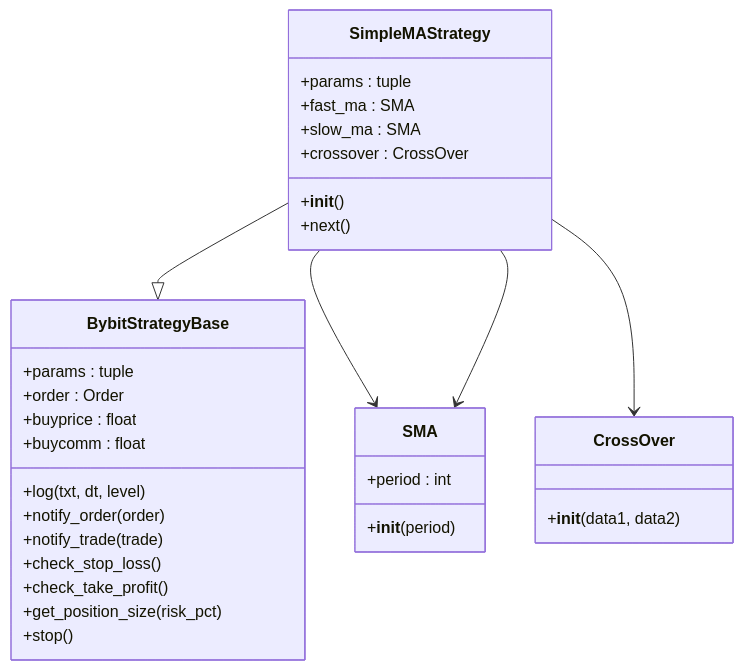
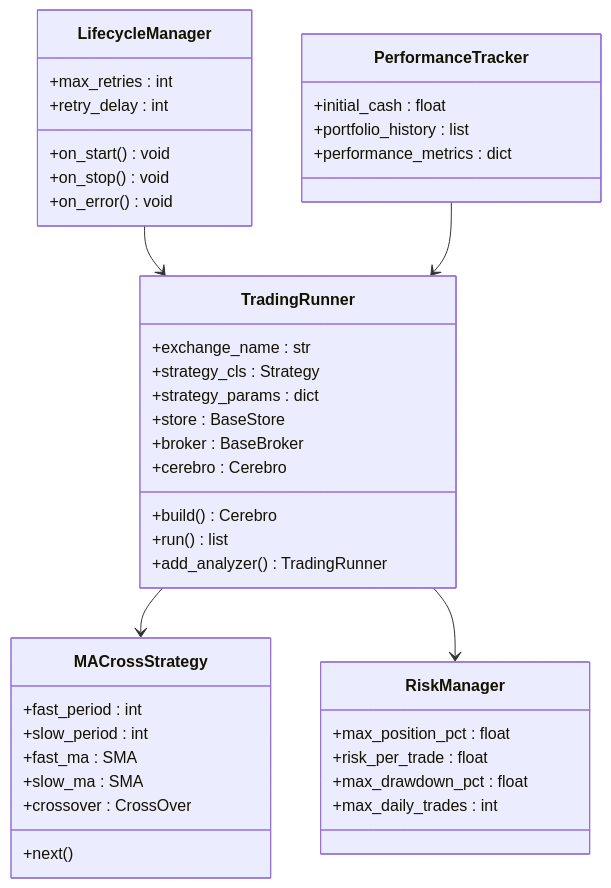
The third of 4 diagrams in .qoder/repowiki/zh/content/实盘交易模块/Bybit交易所集成/Bybit示例与最佳实践.md (bench-prog/backtrader), drawn with Mermaid before and after one commit. The commit also changed other lines of this file and 23 other files, not shown here.

````diff
--- a/.qoder/repowiki/zh/content/实盘交易模块/Bybit交易所集成/Bybit示例与最佳实践.md
+++ b/.qoder/repowiki/zh/content/实盘交易模块/Bybit交易所集成/Bybit示例与最佳实践.md
@@ -190,35 +202,44 @@
 ```mermaid
 classDiagram
-class SimpleMAStrategy {
-+params : tuple
+class TradingRunner {
++exchange_name : str
++strategy_cls : Strategy
++strategy_params : dict
++store : BaseStore
++broker : BaseBroker
++cerebro : Cerebro
++build() Cerebro
++run() list
++add_analyzer() TradingRunner
+}
+class MACrossStrategy {
++fast_period : int
++slow_period : int
 +fast_ma : SMA
 +slow_ma : SMA
 +crossover : CrossOver
-+__init__()
 +next()
 }
-class BybitStrategyBase {
-+params : tuple
-+order : Order
-+buyprice : float
-+buycomm : float
-+log(txt, dt, level)
-+notify_order(order)
-+notify_trade(trade)
-+check_stop_loss()
-+check_take_profit()
-+get_position_size(risk_pct)
-+stop()
+class RiskManager {
++max_position_pct : float
++risk_per_trade : float
++max_drawdown_pct : float
++max_daily_trades : int
 }
-class SMA {
-+period : int
-+__init__(period)
+class PerformanceTracker {
++initial_cash : float
++portfolio_history : list
++performance_metrics : dict
 }
-class CrossOver {
-+__init__(data1, data2)
+class LifecycleManager {
++max_retries : int
++retry_delay : int
++on_start() void
++on_stop() void
++on_error() void
 }
-SimpleMAStrategy --|> BybitStrategyBase
-SimpleMAStrategy --> SMA
-SimpleMAStrategy --> SMA
-SimpleMAStrategy --> CrossOver
+TradingRunner --> MACrossStrategy
+TradingRunner --> RiskManager
+LifecycleManager --> TradingRunner
+PerformanceTracker --> TradingRunner
 ```
````
